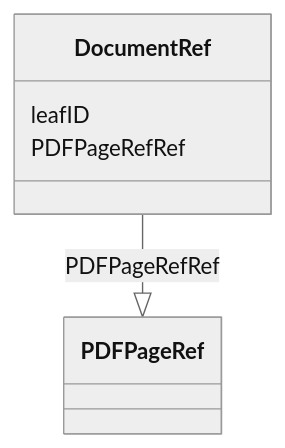
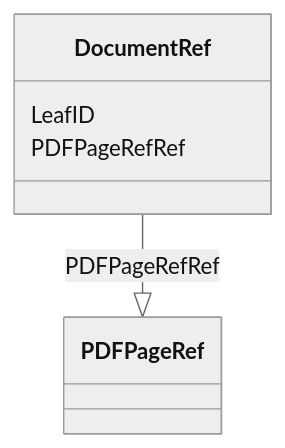
Before and after one commit to cdisc-org/DataExchange-ODM-LinkML: the diagram in docs/DocumentRef.md, drawn with Mermaid (neutral theme). The commit also changed other lines of this file and 555 other files, not shown here.

````diff
--- a/docs/DocumentRef.md
+++ b/docs/DocumentRef.md
@@ -14,11 +14,11 @@
 ```mermaid
  classDiagram
     class DocumentRef
-      DocumentRef : leafID
+      DocumentRef : LeafID
         
       DocumentRef : PDFPageRefRef
         
           DocumentRef --|> PDFPageRef : PDFPageRefRef
         
       
 ```
````
